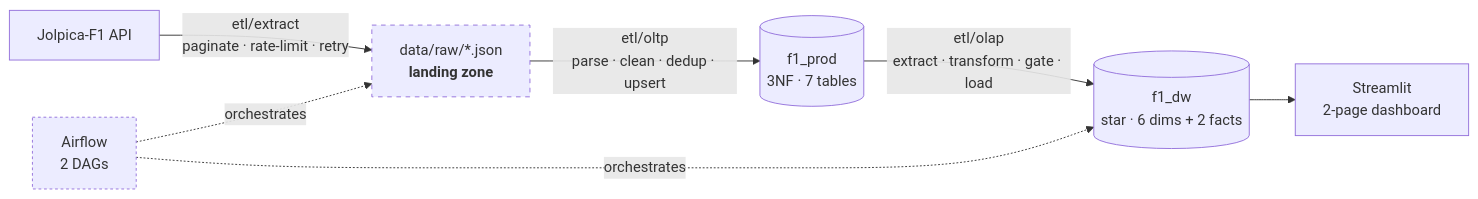
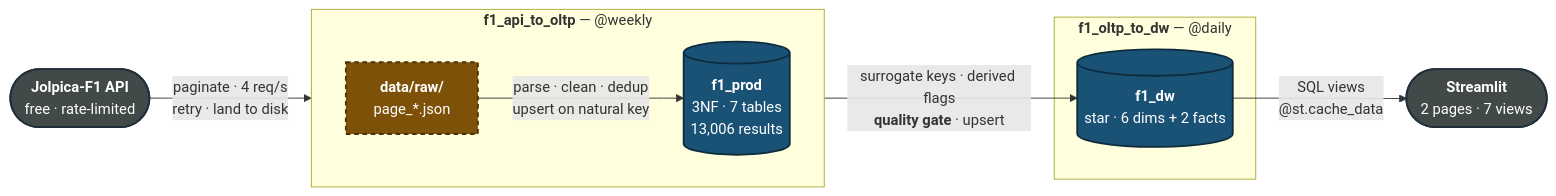
Before and after one commit to sworaj42/f1-data-warehouse: the first of 5 diagrams in README.md, drawn with Mermaid. The commit also changed other lines of this file, not shown here.

First line of the commit message:
Redraw the architecture and replace the schema PNGs with real ER diagrams

````diff
--- a/README.md
+++ b/README.md
@@ -39,18 +39,28 @@
 ```mermaid
 flowchart LR
-    API["Jolpica-F1 API"]
-    RAW["data/raw/*.json<br/><b>landing zone</b>"]
-    PROD[("f1_prod<br/>3NF · 7 tables")]
-    DW[("f1_dw<br/>star · 6 dims + 2 facts")]
-    DASH["Streamlit<br/>2-page dashboard"]
+    API(["<b>Jolpica-F1 API</b><br/>free · rate-limited"])
 
-    API -->|"etl/extract<br/>paginate · rate-limit · retry"| RAW
-    RAW -->|"etl/oltp<br/>parse · clean · dedup · upsert"| PROD
-    PROD -->|"etl/olap<br/>extract · transform · gate · load"| DW
-    DW --> DASH
-    AF["Airflow<br/>2 DAGs"] -.->|orchestrates| RAW
-    AF -.->|orchestrates| DW
+    subgraph DAG1["<b>f1_api_to_oltp</b> — @weekly"]
+        direction LR
+        RAW["<b>data/raw/</b><br/>page_*.json"]
+        PROD[("<b>f1_prod</b><br/>3NF · 7 tables<br/>13,006 results")]
+        RAW -->|"parse · clean · dedup<br/>upsert on natural key"| PROD
+    end
 
-    style RAW stroke-dasharray: 5 5
-    style AF stroke-dasharray: 3 3
+    subgraph DAG2["<b>f1_oltp_to_dw</b> — @daily"]
+        DW[("<b>f1_dw</b><br/>star · 6 dims + 2 facts")]
+    end
+
+    DASH(["<b>Streamlit</b><br/>2 pages · 7 views"])
+
+    API -->|"paginate · 4 req/s<br/>retry · land to disk"| RAW
+    PROD -->|"surrogate keys · derived flags<br/><b>quality gate</b> · upsert"| DW
+    DW -->|"SQL views<br/>@st.cache_data"| DASH
+
+    classDef store fill:#1a5276,color:#fff,stroke:#0d2c3d,stroke-width:2px
+    classDef zone fill:#7e5109,color:#fff,stroke:#4d3106,stroke-width:2px,stroke-dasharray:5 4
+    classDef ext fill:#424949,color:#fff,stroke:#212f3c,stroke-width:2px
+    class PROD,DW store
+    class RAW zone
+    class API,DASH ext
 ```
````
